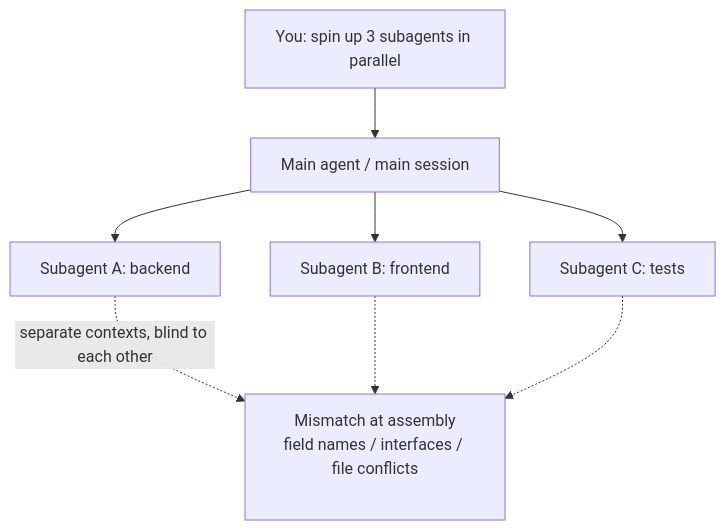
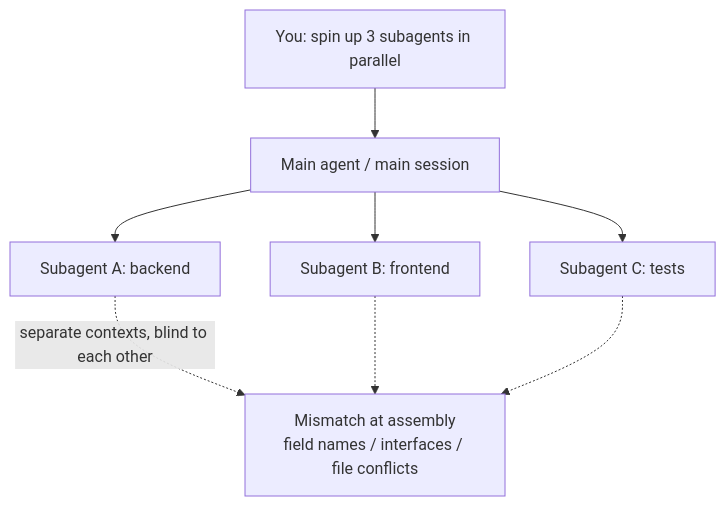
One commit to XuebinMa/AIWiki changed the diagram in i18n/en/docusaurus-plugin-content-docs/current/00-setup-collaboration/subagent-no-boundaries.mdx. Above: the diagram before and after it, drawn with Mermaid. The commit also changed 99 other files, not shown here.

First line of the commit message:
fix(mermaid): 全局根治节点文字裁切（htmlLabels:false + 清理 br/nbsp 占位）(#26)

````diff
--- a/i18n/en/docusaurus-plugin-content-docs/current/00-setup-collaboration/subagent-no-boundaries.mdx
+++ b/i18n/en/docusaurus-plugin-content-docs/current/00-setup-collaboration/subagent-no-boundaries.mdx
@@ -42,10 +42,10 @@
 ```mermaid
 flowchart TB
     U[You: spin up 3 subagents in parallel] --> M[Main agent / main session]
     M --> A[Subagent A: backend]
     M --> B[Subagent B: frontend]
     M --> C[Subagent C: tests]
-    A -.separate contexts, blind to each other.-> X["Mismatch at assembly<br/>field names / interfaces / file conflicts<br/>&nbsp;"]
+    A -.separate contexts, blind to each other.-> X["Mismatch at assembly<br/>field names / interfaces / file conflicts"]
     B -.-> X
     C -.-> X
 ```
````
